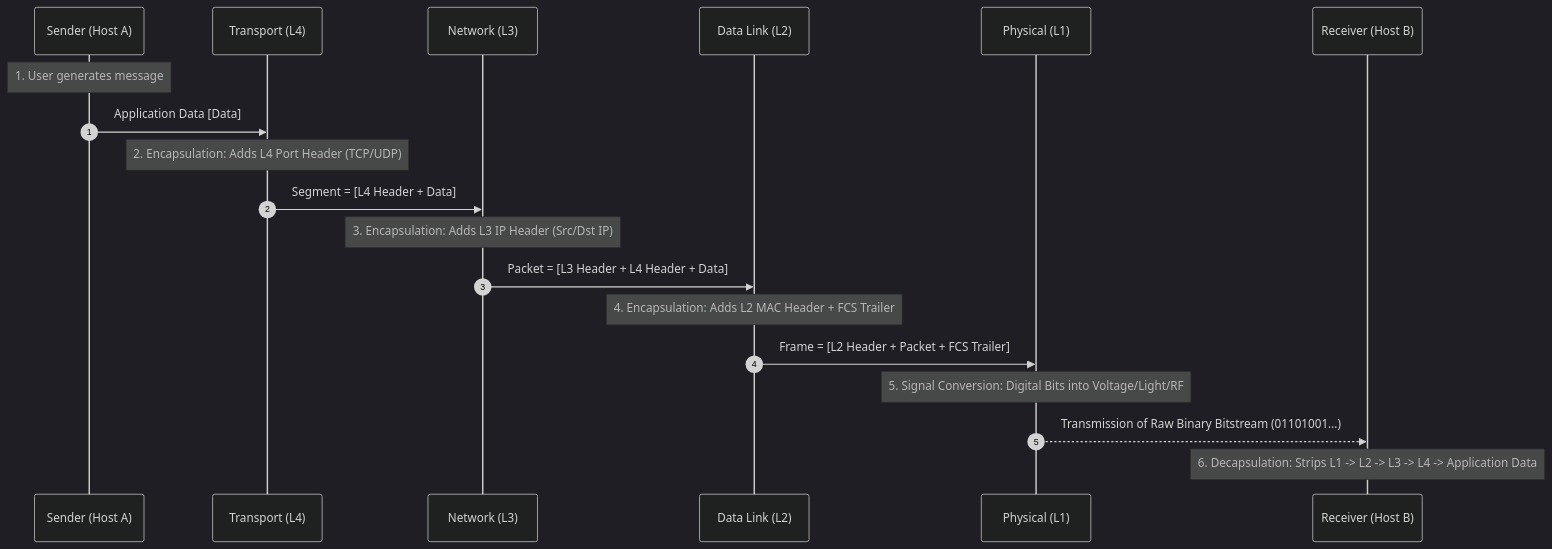
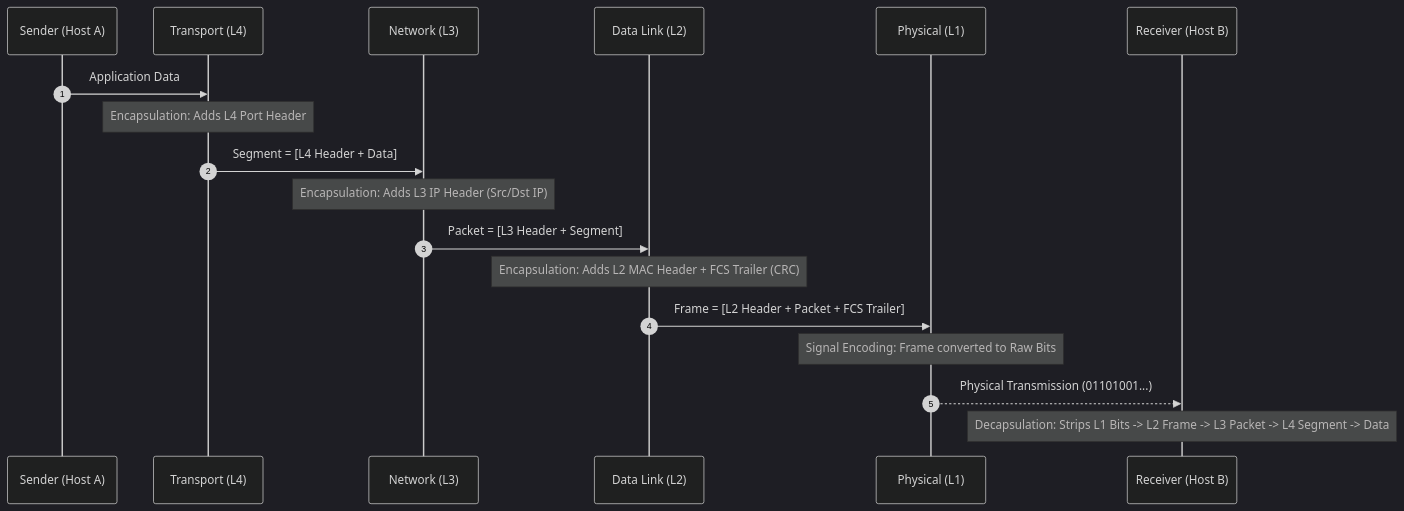
Before and after one commit to rohithgowda18/Notes: the second of 5 diagrams in 03-Computer-Networks/OSI-Model-7-Layers.md, drawn with Mermaid (dark theme). The commit also changed other lines of this file, not shown here.

Commit message:
refactor: compact vertical mermaid diagrams and point-based structured technical explanations for OSI model

````diff
--- a/03-Computer-Networks/OSI-Model-7-Layers.md
+++ b/03-Computer-Networks/OSI-Model-7-Layers.md
@@ -63,22 +63,21 @@
 ```mermaid
 sequenceDiagram
     autonumber
-    participant App as Sender (Host A)
-    participant Trans as Transport (L4)
-    participant Net as Network (L3)
-    participant DataLink as Data Link (L2)
-    participant Phys as Physical (L1)
-    participant Receiver as Receiver (Host B)
+    participant HostA as Sender (Host A)
+    participant L4 as Transport (L4)
+    participant L3 as Network (L3)
+    participant L2 as Data Link (L2)
+    participant L1 as Physical (L1)
+    participant HostB as Receiver (Host B)
 
-    Note over App: 1. User generates message
-    App->>Trans: Application Data [Data]
-    Note over Trans: 2. Encapsulation: Adds L4 Port Header (TCP/UDP)
-    Trans->>Net: Segment = [L4 Header + Data]
-    Note over Net: 3. Encapsulation: Adds L3 IP Header (Src/Dst IP)
-    Net->>DataLink: Packet = [L3 Header + L4 Header + Data]
-    Note over DataLink: 4. Encapsulation: Adds L2 MAC Header + FCS Trailer
-    DataLink->>Phys: Frame = [L2 Header + Packet + FCS Trailer]
-    Note over Phys: 5. Signal Conversion: Digital Bits into Voltage/Light/RF
-    Phys-->>Receiver: Transmission of Raw Binary Bitstream (01101001...)
-    Note over Receiver: 6. Decapsulation: Strips L1 -> L2 -> L3 -> L4 -> Application Data
+    HostA->>L4: Application Data
+    Note over L4: Encapsulation: Adds L4 Port Header
+    L4->>L3: Segment = [L4 Header + Data]
+    Note over L3: Encapsulation: Adds L3 IP Header (Src/Dst IP)
+    L3->>L2: Packet = [L3 Header + Segment]
+    Note over L2: Encapsulation: Adds L2 MAC Header + FCS Trailer (CRC)
+    L2->>L1: Frame = [L2 Header + Packet + FCS Trailer]
+    Note over L1: Signal Encoding: Frame converted to Raw Bits
+    L1-->>HostB: Physical Transmission (01101001...)
+    Note over HostB: Decapsulation: Strips L1 Bits -> L2 Frame -> L3 Packet -> L4 Segment -> Data
 ```
````
